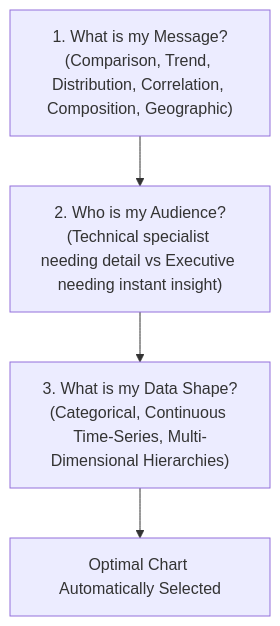
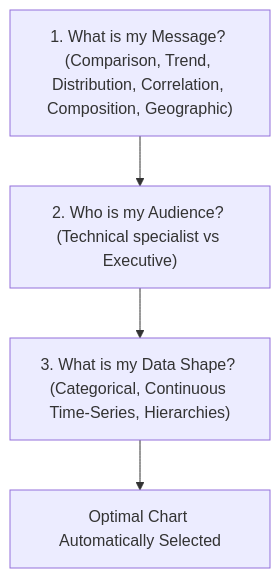
The eighth of 27 diagrams in notes/data_analysis/Unit_2_notes.md (DeepLumiere/DeepSkills), drawn with Mermaid before and after one commit. The commit also changed other lines of this file and 56 other files, not shown here.

````diff
--- a/notes/data_analysis/Unit_2_notes.md
+++ b/notes/data_analysis/Unit_2_notes.md
@@ -543,6 +543,6 @@
 ```mermaid
 flowchart TD
-    Q1["1. What is my Message?<br/>(Comparison, Trend, Distribution, Correlation, Composition, Geographic)"] --> Q2["2. Who is my Audience?<br/>(Technical specialist needing detail vs Executive needing instant insight)"]
-    Q2 --> Q3["3. What is my Data Shape?<br/>(Categorical, Continuous Time-Series, Multi-Dimensional Hierarchies)"]
+    Q1["1. What is my Message? (Comparison, Trend, Distribution, Correlation, Composition, Geographic)"] --> Q2["2. Who is my Audience? (Technical specialist vs Executive)"]
+    Q2 --> Q3["3. What is my Data Shape? (Categorical, Continuous Time-Series, Hierarchies)"]
     Q3 --> SELECT["Optimal Chart Automatically Selected"]
 ```
````
